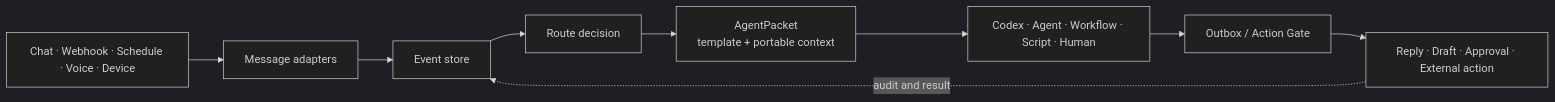
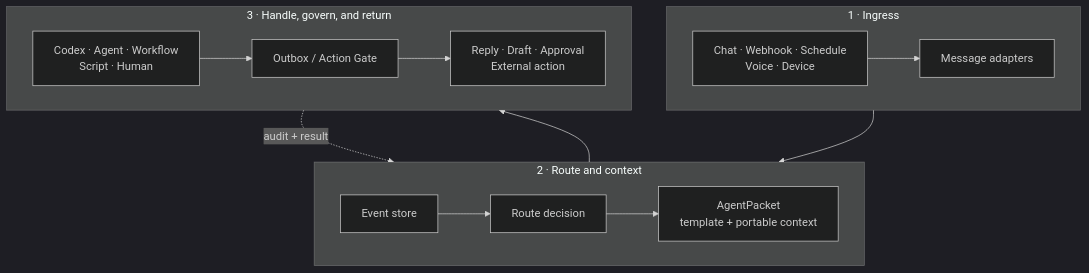
The diagram in README.md (vb2250158/RabiRoute), drawn with Mermaid (dark theme) before and after one commit. The commit also changed other lines of this file and 4 other files, not shown here.

````diff
--- a/README.md
+++ b/README.md
@@ -53,11 +65,21 @@
 ```mermaid
-flowchart LR
-    A["Chat · Webhook · Schedule · Voice · Device"] --> B["Message adapters"]
-    B --> C["Event store"]
-    C --> D["Route decision"]
-    D --> E["AgentPacket<br/>template + portable context"]
-    E --> F["Codex · Agent · Workflow · Script · Human"]
-    F --> G["Outbox / Action Gate"]
-    G --> H["Reply · Draft · Approval · External action"]
-    H -. audit and result .-> C
+flowchart TB
+    subgraph ingress ["1 · Ingress"]
+        direction LR
+        A["Chat · Webhook · Schedule<br/>Voice · Device"] --> B["Message adapters"]
+    end
+
+    subgraph routing ["2 · Route and context"]
+        direction LR
+        C["Event store"] --> D["Route decision"] --> E["AgentPacket<br/>template + portable context"]
+    end
+
+    subgraph delivery ["3 · Handle, govern, and return"]
+        direction LR
+        F["Codex · Agent · Workflow<br/>Script · Human"] --> G["Outbox / Action Gate"] --> H["Reply · Draft · Approval<br/>External action"]
+    end
+
+    B --> C
+    E --> F
+    H -. "audit + result" .-> C
 ```
````
